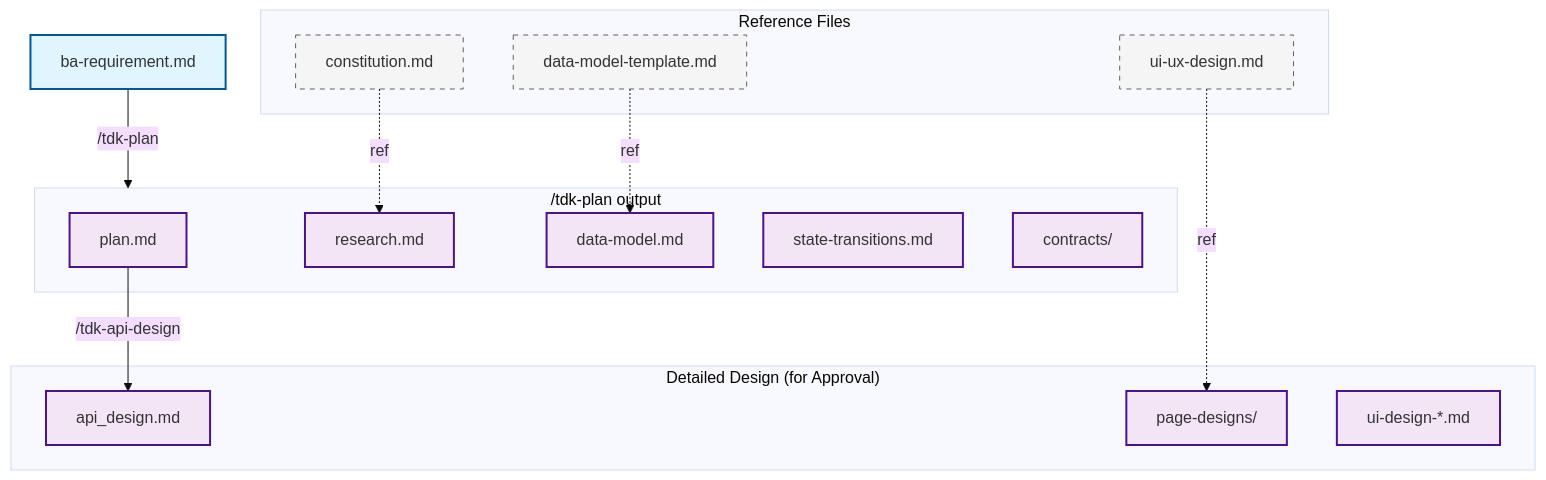
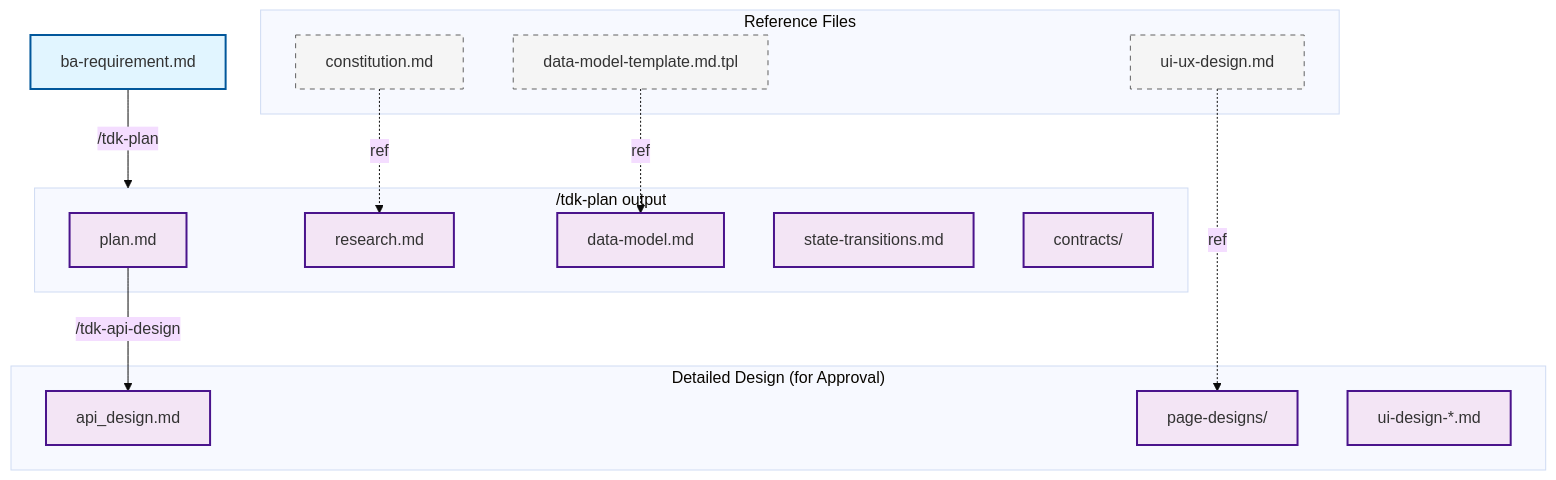
The third of 9 diagrams in .specify/docs/guides/document-flow.md (vinhltt/tdk), drawn with Mermaid (base theme) before and after one commit. The commit also changed other lines of this file and 56 other files, not shown here.

````diff
--- a/.specify/docs/guides/document-flow.md
+++ b/.specify/docs/guides/document-flow.md
@@ -108,40 +108,40 @@
 ```mermaid
 flowchart TD
     BA_REQ[ba-requirement.md]
 
     subgraph REFERENCES[Reference Files]
         CONST[constitution.md]
         UIUX[ui-ux-design.md]
-        REF_DM[data-model-template.md]
+        REF_DM[data-model-template.md.tpl]
     end
 
     subgraph PLAN_OUTPUT["/tdk-plan output"]
         PLAN[plan.md]
         RESEARCH[research.md]
         DATAMODEL[data-model.md]
         STATE[state-transitions.md]
         CONTRACTS[contracts/]
     end
 
     subgraph DETAILED_DESIGN["Detailed Design (for Approval)"]
         API_DESIGN[api_design.md]
         PAGEDESIGNS[page-designs/]
         UI_DESIGN[ui-design-*.md]
     end
 
     BA_REQ -->|/tdk-plan| PLAN_OUTPUT
     PLAN -->|/tdk-api-design| API_DESIGN
 
     CONST -.->|ref| RESEARCH
     UIUX -.->|ref| PAGEDESIGNS
     REF_DM -.->|ref| DATAMODEL
 
     classDef input fill:#e1f5ff,stroke:#01579b,stroke-width:2px
     classDef output fill:#f3e5f5,stroke:#4a148c,stroke-width:2px
     classDef reference fill:#f5f5f5,stroke:#616161,stroke-width:1px,stroke-dasharray: 5 5
 
     class BA_REQ input
     class PLAN,RESEARCH,DATAMODEL,STATE,CONTRACTS output
     class API_DESIGN,UI_DESIGN,PAGEDESIGNS output
     class CONST,UIUX,REF_DM reference
 ```
````
